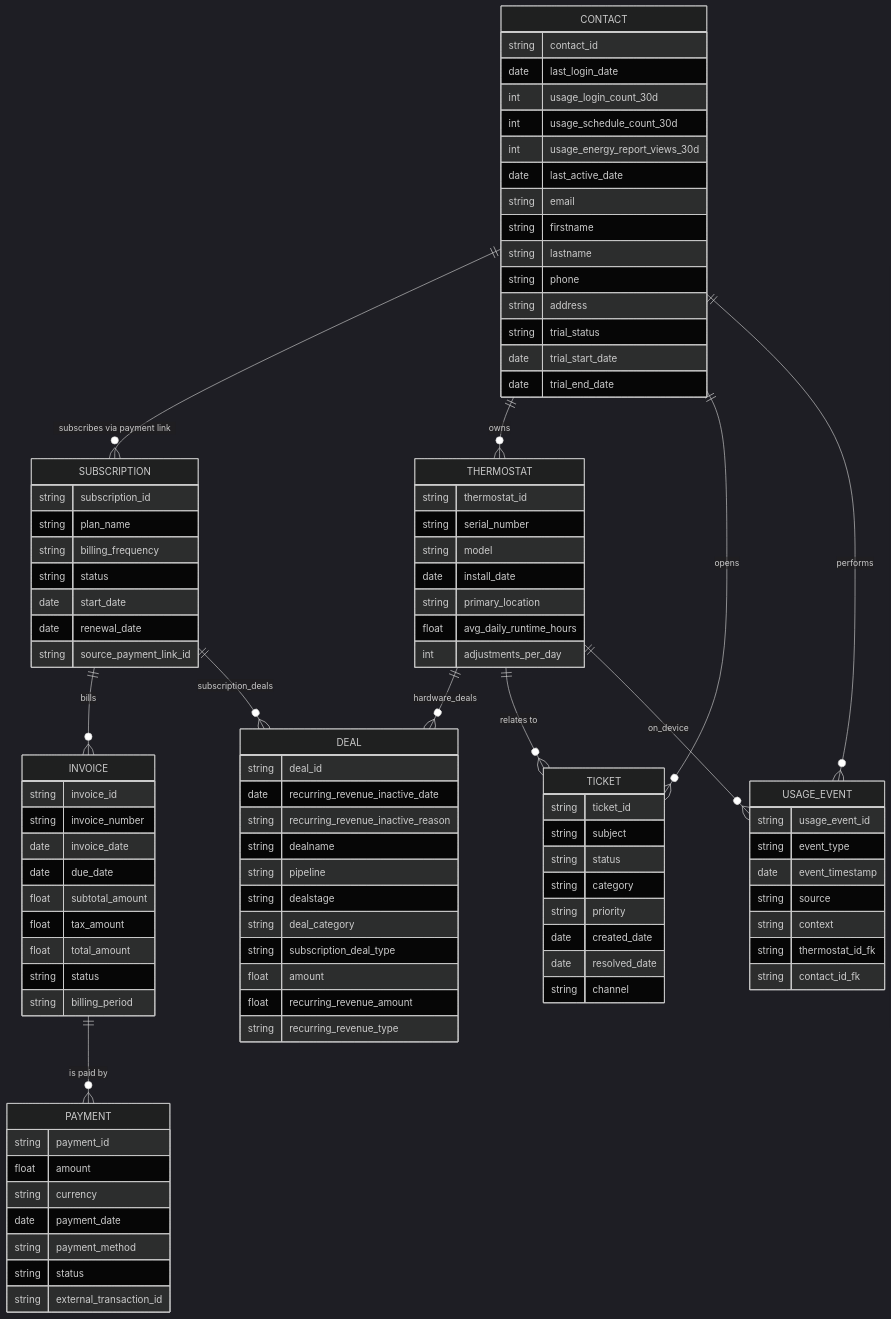
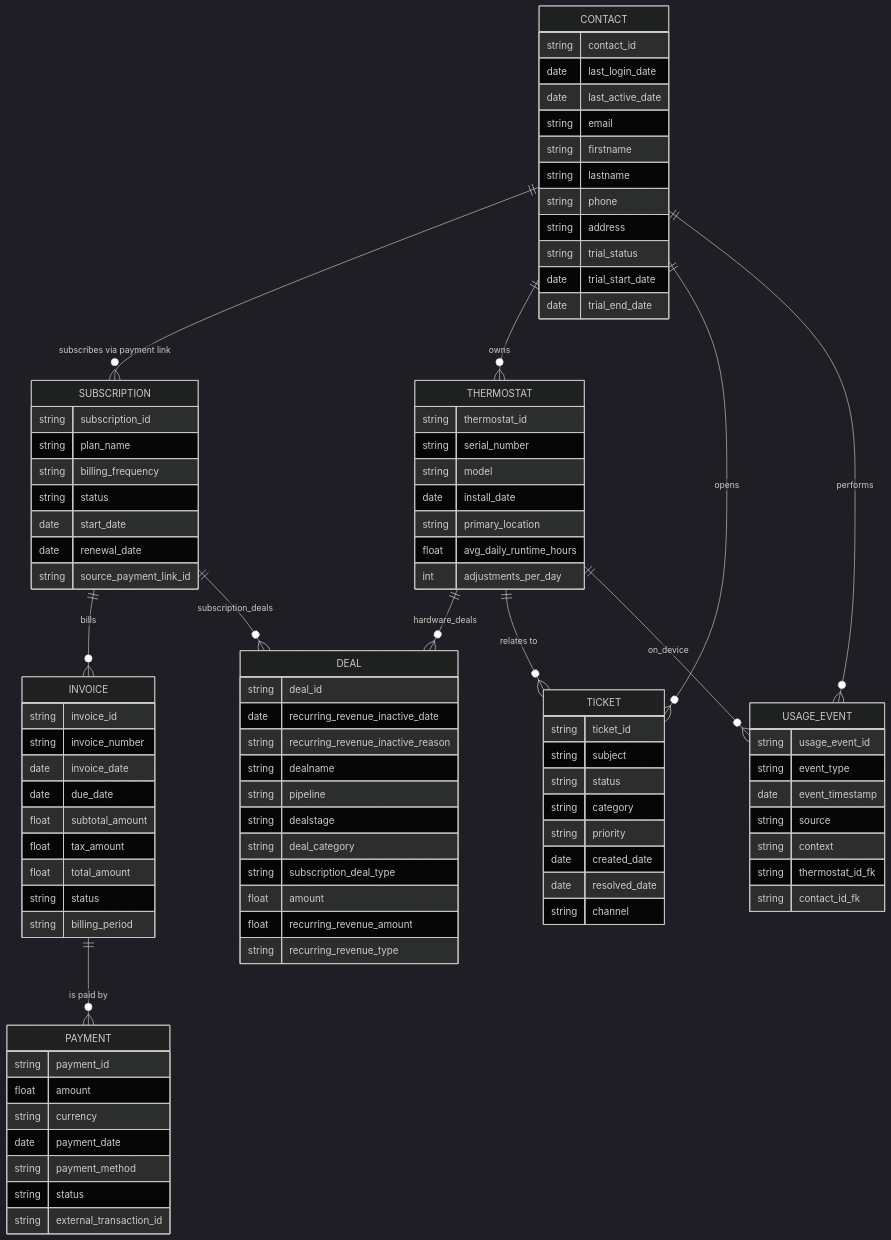
One commit to rmander-89/breezy-hubspot-sa-poc changed the diagram in README.md. Above: the diagram before and after it, drawn with Mermaid (dark theme).

Commit message:
Remove usage_login_count and related fields
Removed usage statistics fields from CONTACT section

```diff
--- a/README.md
+++ b/README.md
@@ -205,9 +205,6 @@
     CONTACT {
         string contact_id
         date   last_login_date
-        int    usage_login_count_30d
-        int    usage_schedule_count_30d
-        int    usage_energy_report_views_30d
         date   last_active_date
         string email
         string firstname
```
